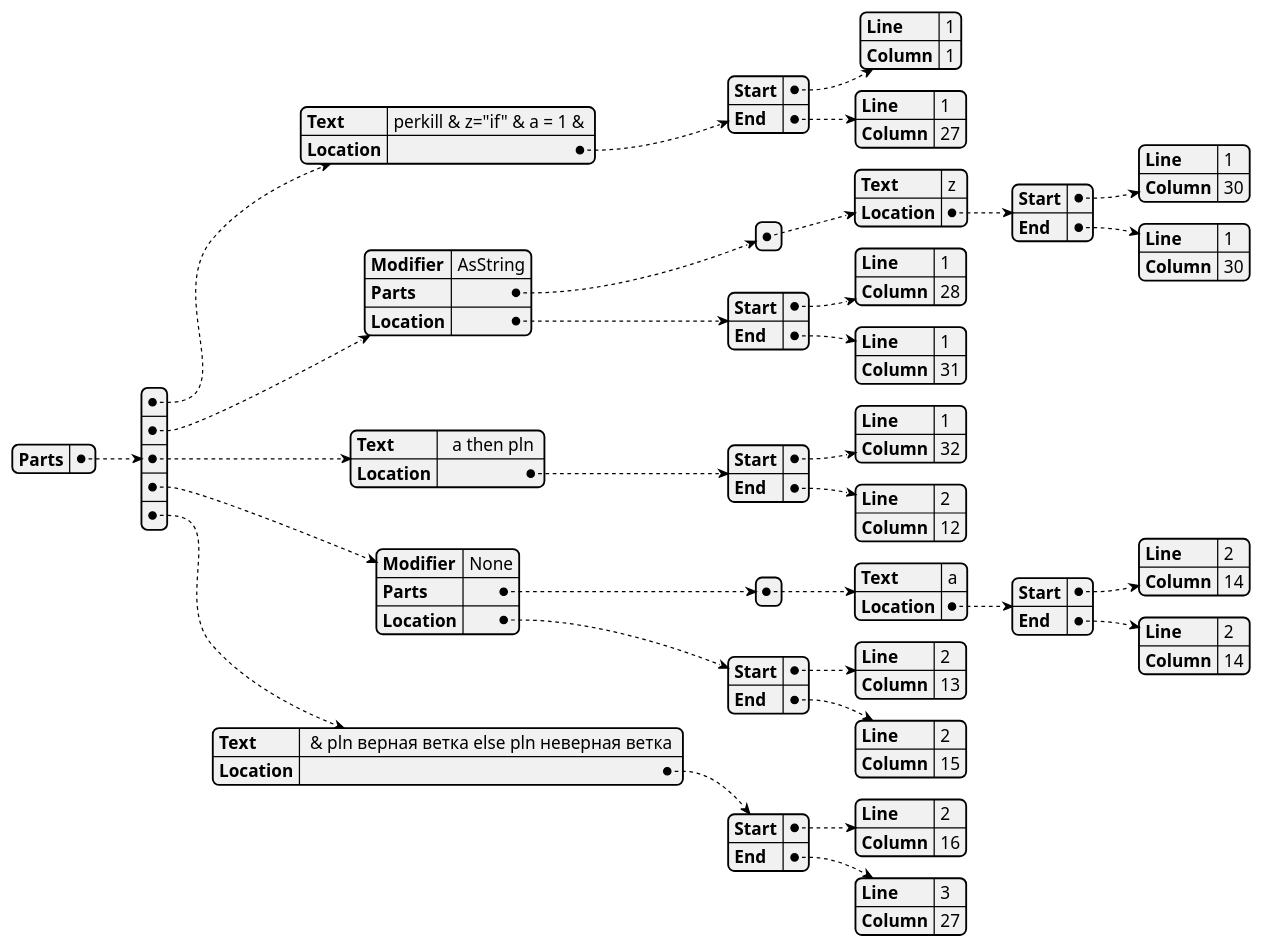
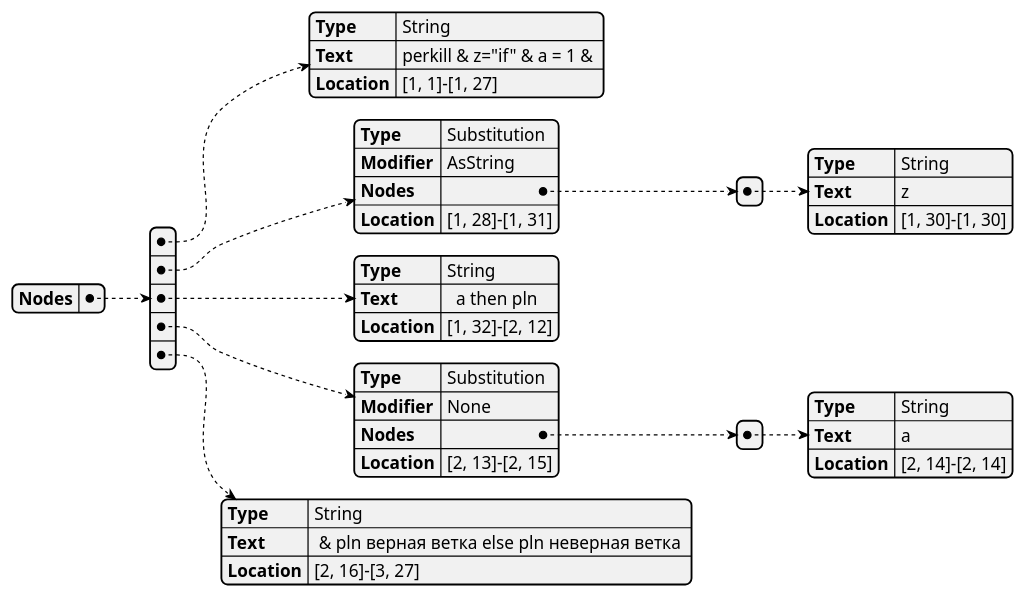
One commit to realsonic/MURQ changed the first of 3 diagrams in Application/MURQ.URQL/docs/URQL parsing.md. Above: the diagram before and after it, drawn with PlantUML. The commit also changed other lines of this file, not shown here.

Commit message:
#108 Обновление примеров распознавания

````diff
--- a/Application/MURQ.URQL/docs/URQL parsing.md
+++ b/Application/MURQ.URQL/docs/URQL parsing.md
@@ -73,5 +73,47 @@
 ```plantuml
 @startjson
-{"Parts":[{"Text":"perkill & z=\"if\" & a = 1 & ","Location":{"Start":{"Line":1,"Column":1},"End":{"Line":1,"Column":27}}},{"Modifier":"AsString","Parts":[{"Text":"z","Location":{"Start":{"Line":1,"Column":30},"End":{"Line":1,"Column":30}}}],"Location":{"Start":{"Line":1,"Column":28},"End":{"Line":1,"Column":31}}},{"Text":"  a then pln ","Location":{"Start":{"Line":1,"Column":32},"End":{"Line":2,"Column":12}}},{"Modifier":"None","Parts":[{"Text":"a","Location":{"Start":{"Line":2,"Column":14},"End":{"Line":2,"Column":14}}}],"Location":{"Start":{"Line":2,"Column":13},"End":{"Line":2,"Column":15}}},{"Text":" & pln верная ветка else pln неверная ветка ","Location":{"Start":{"Line":2,"Column":16},"End":{"Line":3,"Column":27}}}]}
+{
+  "Nodes": [
+    {
+      "Type": "String",
+      "Text": "perkill & z=\"if\" & a = 1 & ",
+      "Location": "[1, 1]-[1, 27]"
+    },
+    {
+      "Type": "Substitution",
+      "Modifier": "AsString",
+      "Nodes": [
+        {
+          "Type": "String",
+          "Text": "z",
+          "Location": "[1, 30]-[1, 30]"
+        }
+      ],
+      "Location": "[1, 28]-[1, 31]"
+    },
+    {
+      "Type": "String",
+      "Text": "  a then pln ",
+      "Location": "[1, 32]-[2, 12]"
+    },
+    {
+      "Type": "Substitution",
+      "Modifier": "None",
+      "Nodes": [
+        {
+          "Type": "String",
+          "Text": "a",
+          "Location": "[2, 14]-[2, 14]"
+        }
+      ],
+      "Location": "[2, 13]-[2, 15]"
+    },
+    {
+      "Type": "String",
+      "Text": " & pln верная ветка else pln неверная ветка ",
+      "Location": "[2, 16]-[3, 27]"
+    }
+  ]
+}
 @endjson
 ```
````
